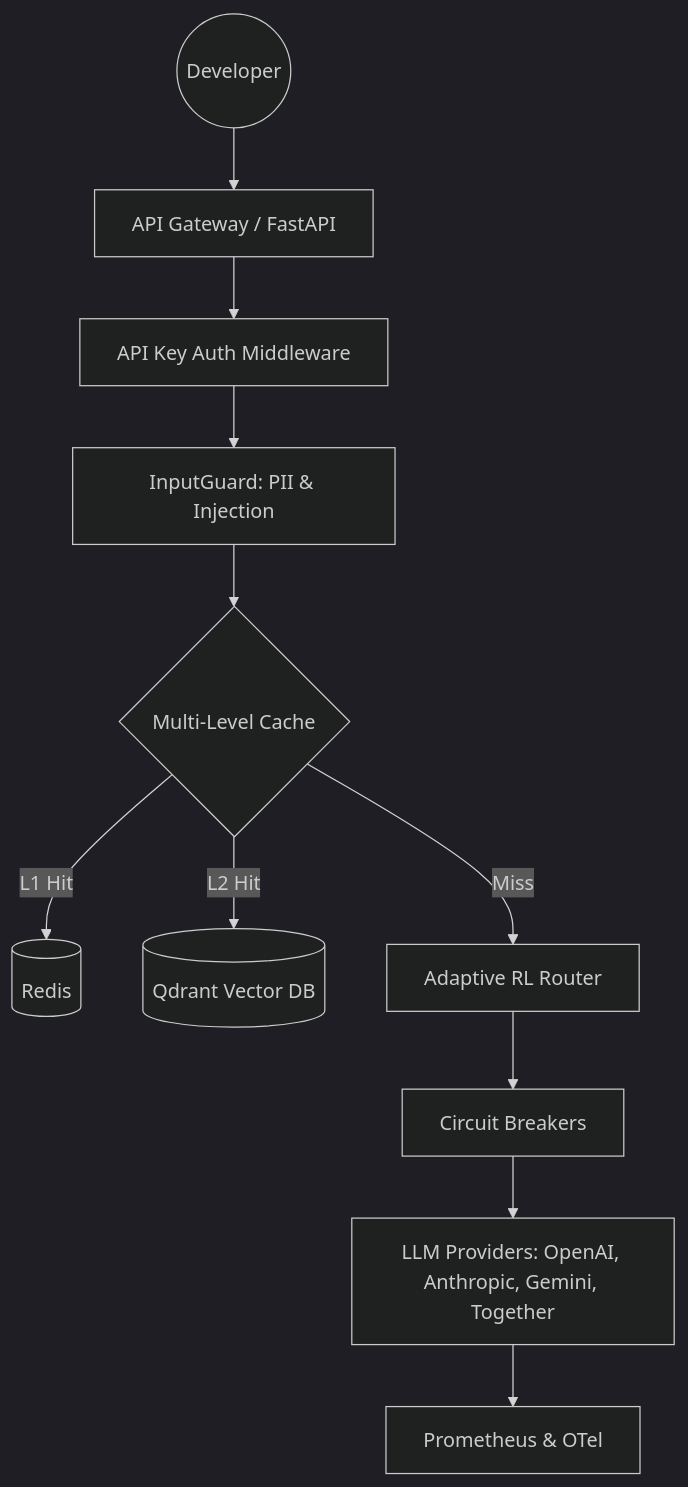
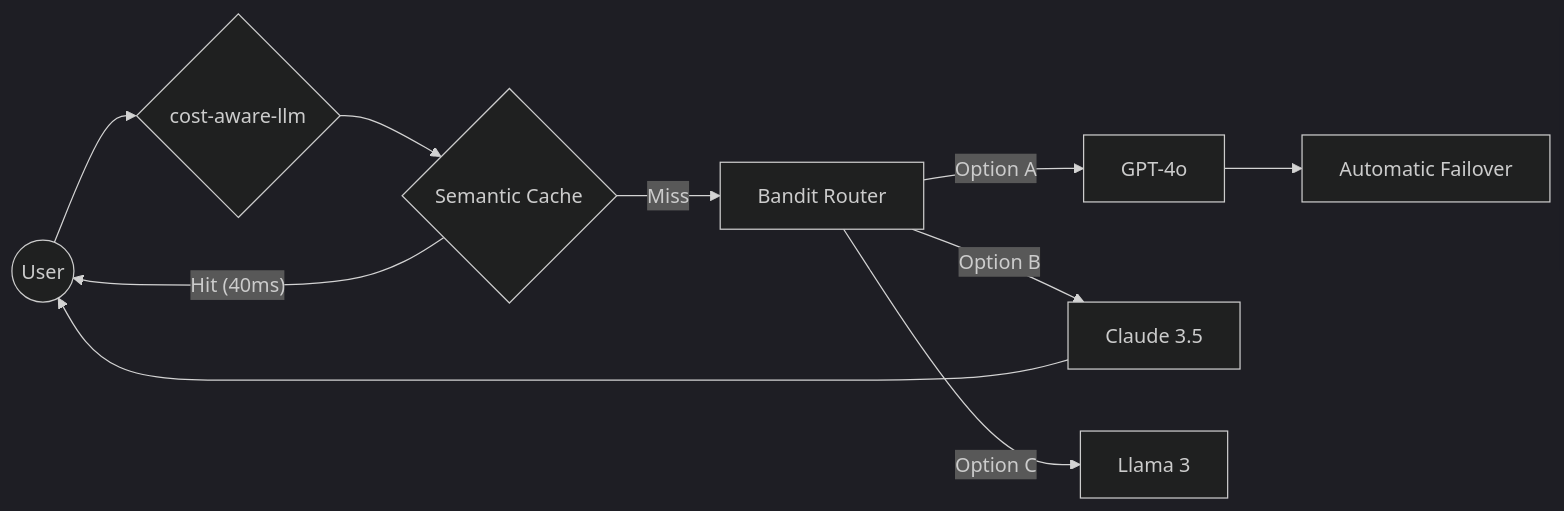
One commit to ammmanism/cost-aware-llm changed the diagram in README.md. Above: the diagram before and after it, drawn with Mermaid (dark theme). The commit also changed other lines of this file, not shown here.

````diff
--- a/README.md
+++ b/README.md
@@ -53,13 +32,12 @@
 ```mermaid
-graph TD
-    User((Developer)) --> API[API Gateway / FastAPI]
-    API --> Auth[API Key Auth Middleware]
-    Auth --> Guard[InputGuard: PII & Injection]
-    Guard --> Cache{Multi-Level Cache}
-    Cache -- L1 Hit --> Redis[(Redis)]
-    Cache -- L2 Hit --> Qdrant[(Qdrant Vector DB)]
-    Cache -- Miss --> Router[Adaptive RL Router]
-    Router --> CB[Circuit Breakers]
-    CB --> Provs[LLM Providers: OpenAI, Anthropic, Gemini, Together]
-    Provs --> Metrics[Prometheus & OTel]
+graph LR
+    User((User)) --> Gateway{cost-aware-llm}
+    Gateway --> Cache{Semantic Cache}
+    Cache -- Hit (40ms) --> User
+    Cache -- Miss --> RL[Bandit Router]
+    RL -- Option A --> GPT4[GPT-4o]
+    RL -- Option B --> Claude[Claude 3.5]
+    RL -- Option C --> Llama[Llama 3]
+    GPT4 --> Failover[Automatic Failover]
+    Claude --> User
 ```
````
